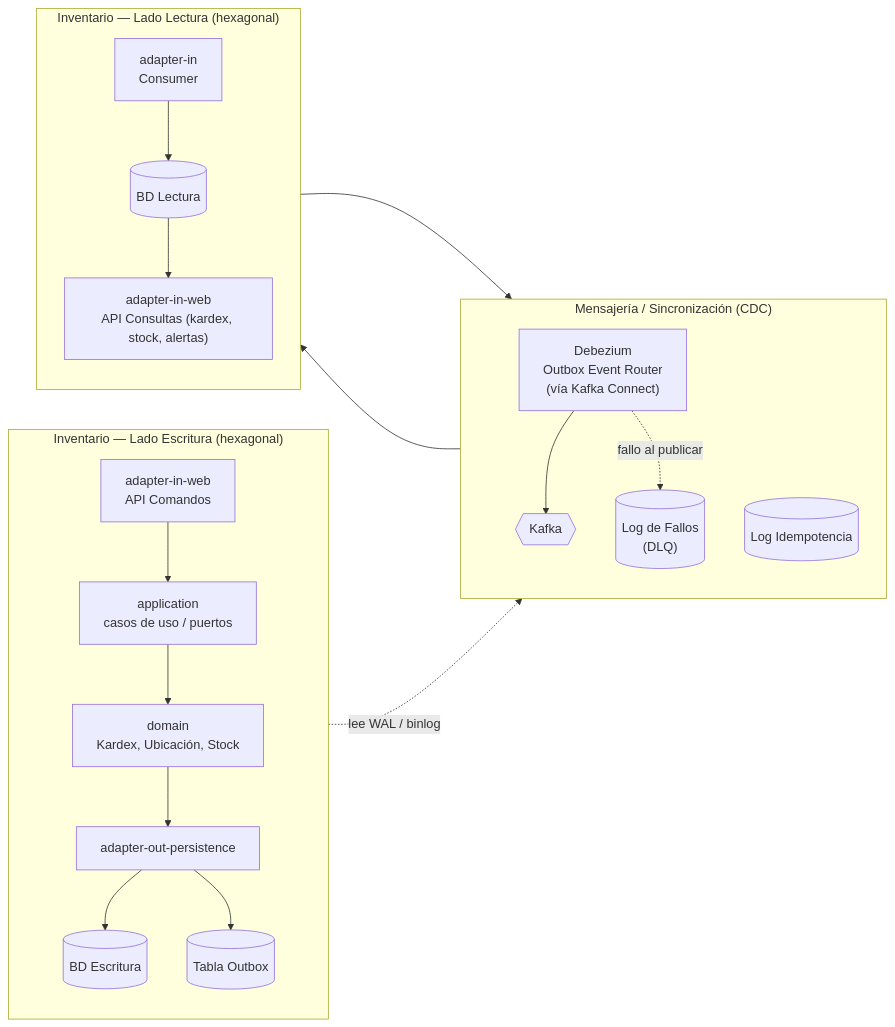
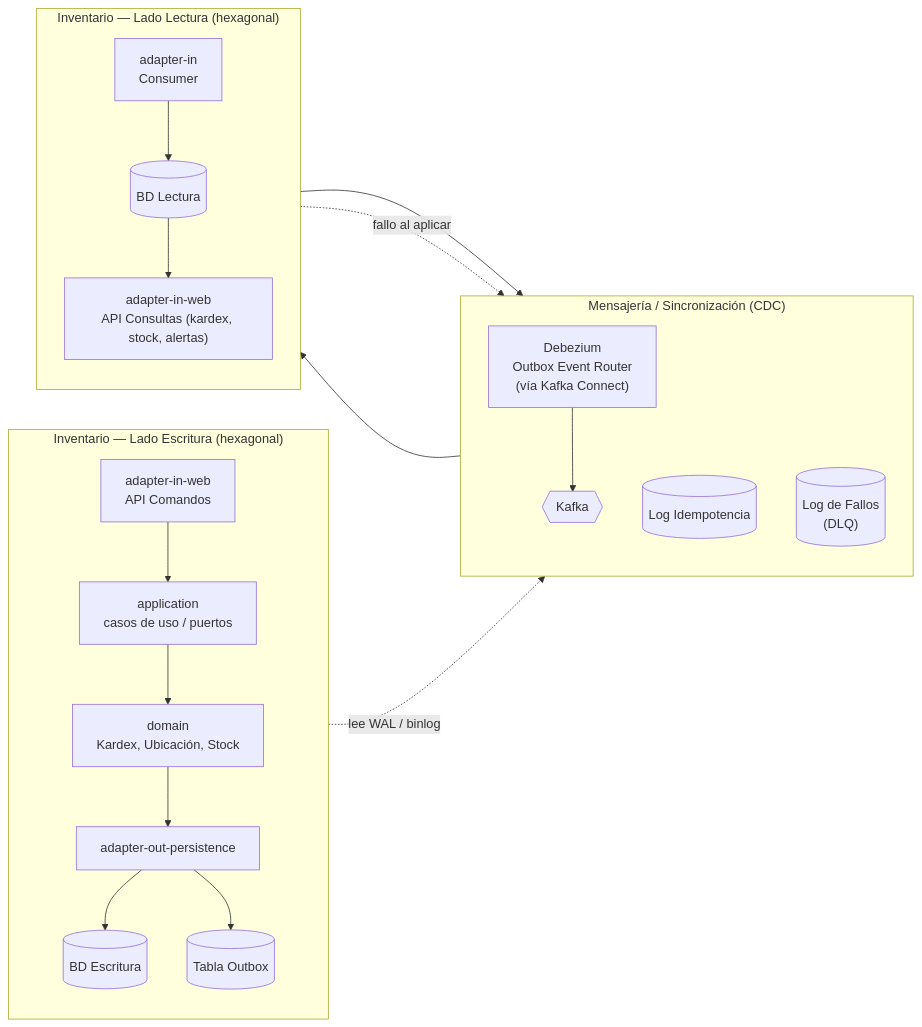
The second of 2 diagrams in docs/README.md (jngeor/inventory), drawn with Mermaid before and after one commit. The commit also changed other lines of this file and 17 other files, not shown here.

````diff
--- a/docs/README.md
+++ b/docs/README.md
@@ -151,38 +151,38 @@
 ```mermaid
 flowchart LR
     subgraph ESC["Inventario — Lado Escritura (hexagonal)"]
         direction TB
         API_W["adapter-in-web<br/>API Comandos"]
         APP_W["application<br/>casos de uso / puertos"]
         DOM["domain<br/>Kardex, Ubicación, Stock"]
         REPO_W["adapter-out-persistence"]
         DBW[("BD Escritura")]
         OUTBOX[("Tabla Outbox")]
     end
 
     subgraph SYNC["Mensajería / Sincronización (CDC)"]
         direction TB
         DEBEZIUM["Debezium<br/>Outbox Event Router<br/>(vía Kafka Connect)"]
         IDEMP[("Log Idempotencia")]
         QSYNC{{"Kafka"}}
         DLQ[("Log de Fallos<br/>(DLQ)")]
     end
 
     subgraph LEC["Inventario — Lado Lectura (hexagonal)"]
         direction TB
         READER["adapter-in<br/>Consumer"]
         DBR[("BD Lectura")]
         API_R["adapter-in-web<br/>API Consultas (kardex, stock, alertas)"]
     end
 
     API_W --> APP_W --> DOM --> REPO_W
     REPO_W --> DBW
     REPO_W --> OUTBOX
 
     OUTBOX -. "lee WAL / binlog" .-> DEBEZIUM
     DEBEZIUM --> QSYNC
-    DEBEZIUM -. fallo al publicar .-> DLQ
 
     QSYNC --> READER --> DBR --> API_R
     READER --> IDEMP
+    READER -. fallo al aplicar .-> DLQ
 ```
````
